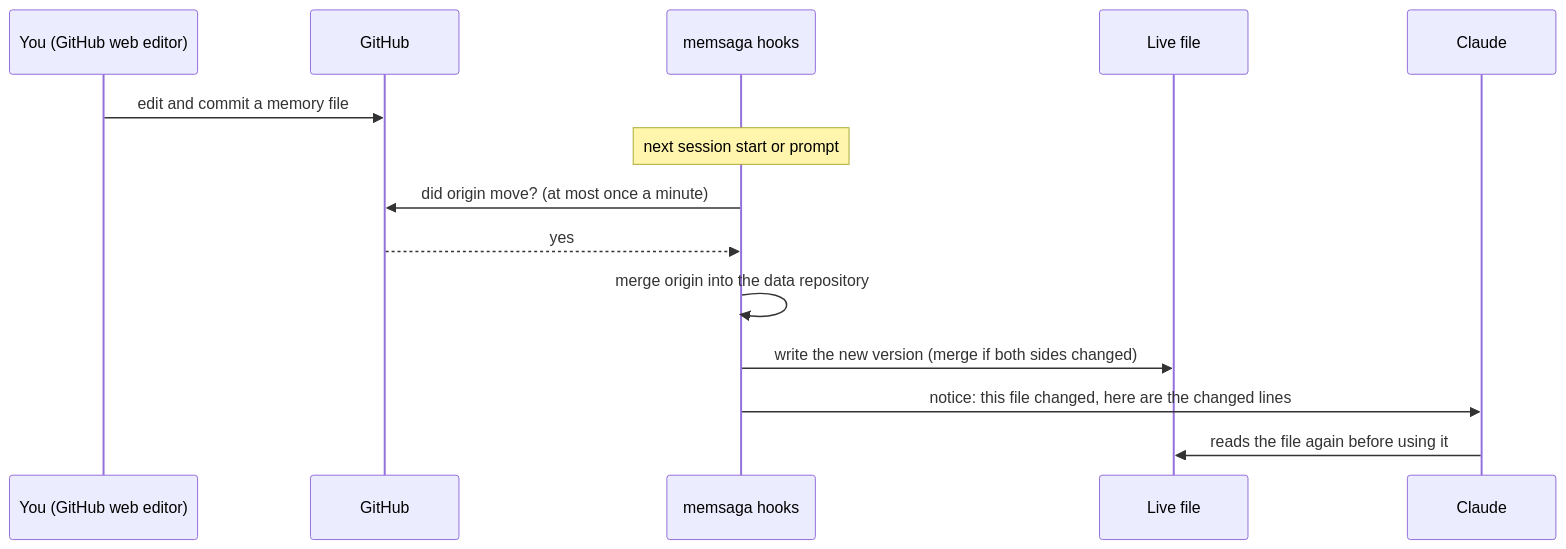
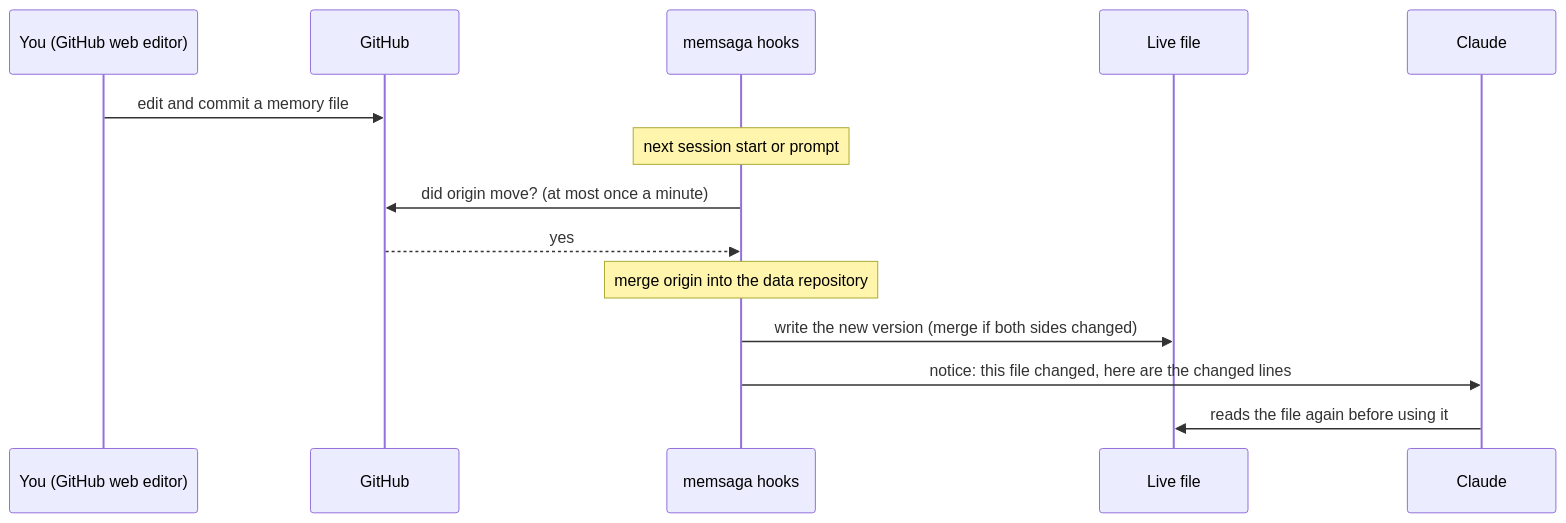
Before and after one commit to grimmerk/memsaga: the diagram in docs/assets/sync-sequence.mmd, drawn with Mermaid. The commit also changed 12 other files, not shown here.

First line of the commit message:
Landing page, companion example, diagram in brand colours

```diff
--- a/docs/assets/sync-sequence.mmd
+++ b/docs/assets/sync-sequence.mmd
@@ -1,14 +1,14 @@
 sequenceDiagram
     participant You as You (GitHub web editor)
     participant GH as GitHub
     participant Hook as memsaga hooks
     participant Live as Live file
     participant Model as Claude
     You->>GH: edit and commit a memory file
     Note over Hook: next session start or prompt
     Hook->>GH: did origin move? (at most once a minute)
     GH-->>Hook: yes
-    Hook->>Hook: merge origin into the data repository
+    Note over Hook: merge origin into the data repository
     Hook->>Live: write the new version (merge if both sides changed)
     Hook->>Model: notice: this file changed, here are the changed lines
     Model->>Live: reads the file again before using it
```
